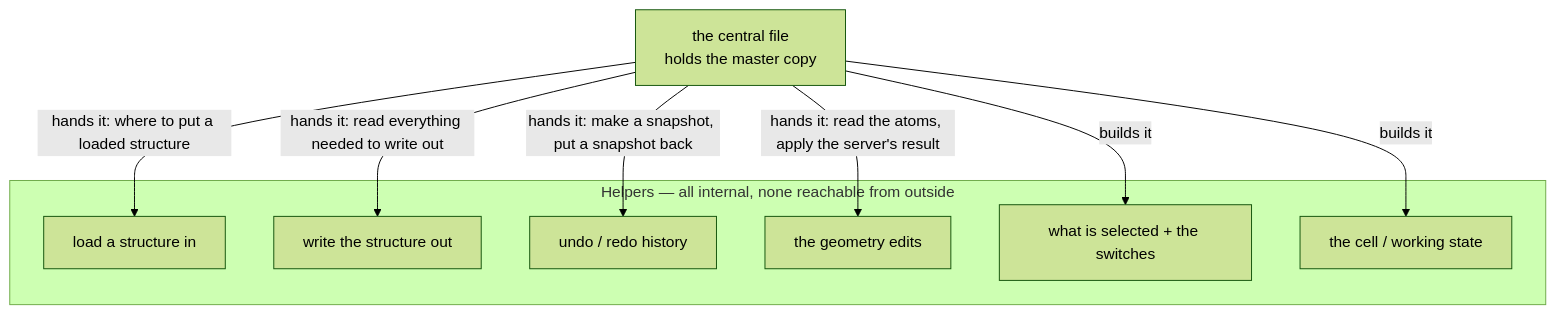
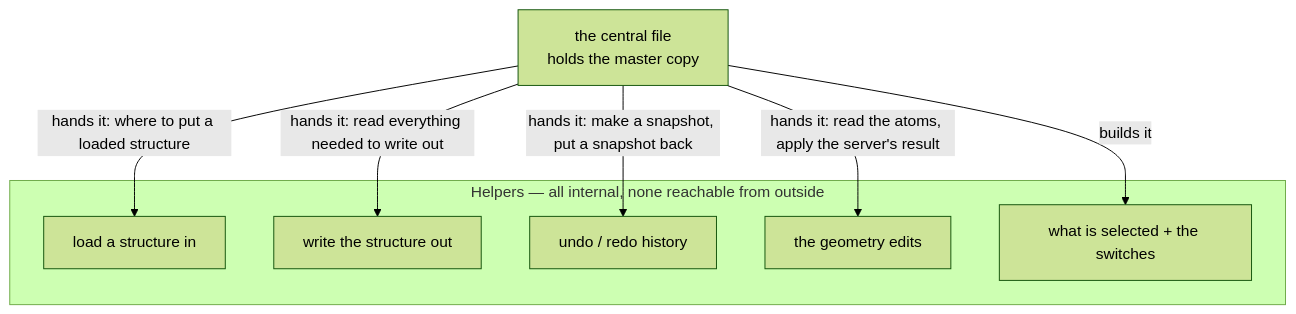
One commit to Qing-LAB/molbuilder changed the fourth of 5 diagrams in docs/web/molview.md. Above: the diagram before and after it, drawn with Mermaid (forest theme). The commit also changed other lines of this file, not shown here.

````diff
--- a/docs/web/molview.md
+++ b/docs/web/molview.md
@@ -610,18 +613,16 @@
 ```mermaid
 flowchart TB
     DM["the central file<br/>holds the master copy"]
     subgraph subs["Helpers — all internal, none reachable from outside"]
       IN["load a structure in"]
       SE["write the structure out"]
       ST["undo / redo history"]
       OP["the geometry edits"]
       SS["what is selected + the switches"]
-      CS["the cell / working state"]
     end
     DM -->|"hands it: make a snapshot, put a snapshot back"| ST
     DM -->|"hands it: read the atoms, apply the server's result"| OP
     DM -->|"hands it: read everything needed to write out"| SE
     DM -->|"hands it: where to put a loaded structure"| IN
     DM -->|"builds it"| SS
-    DM -->|"builds it"| CS
 ```
````
